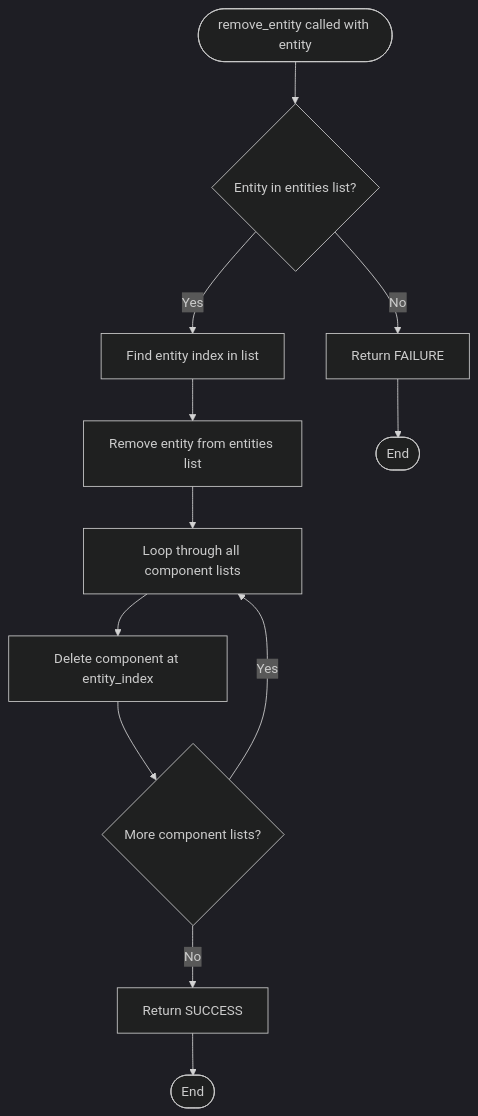
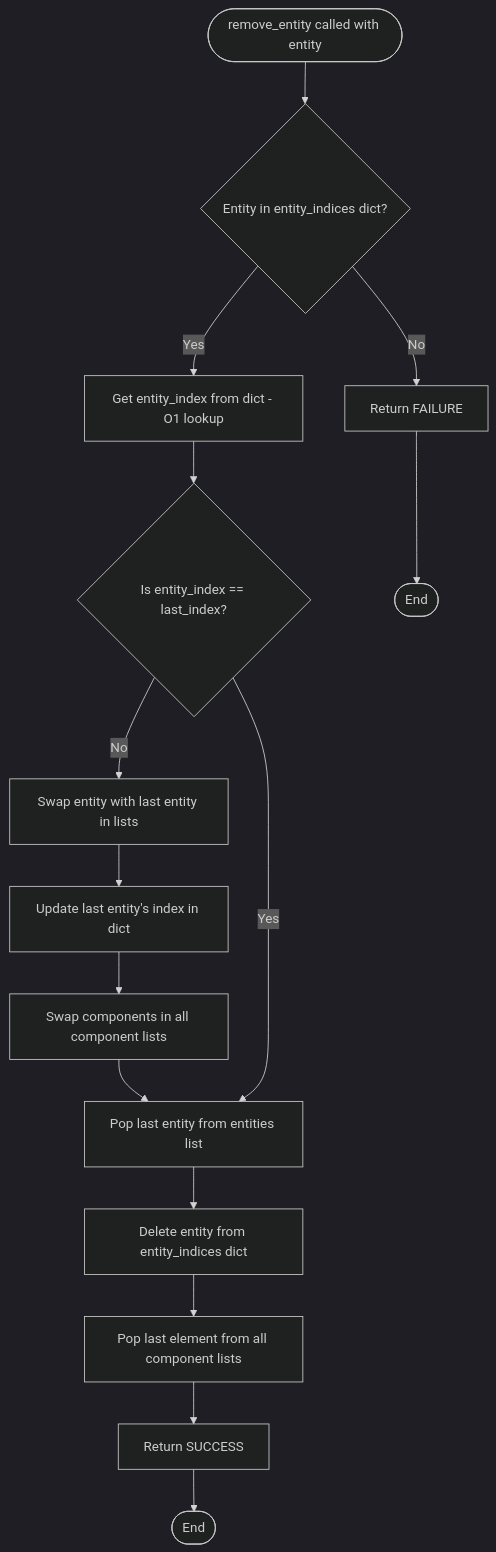
One commit to brodycritchlow/PyECS changed the diagram in mermaid/Archetype/remove_entity.mermaid. Above: the diagram before and after it, drawn with Mermaid (dark theme). The commit also changed 3 other files, not shown here.

Commit message:
docs: update mermaid diagrams to reflect O(1) entity lookup optimization

```diff
--- a/mermaid/Archetype/remove_entity.mermaid
+++ b/mermaid/Archetype/remove_entity.mermaid
@@ -1,17 +1,21 @@
 flowchart TD
-    Start([remove_entity called with entity]) --> CheckExists{Entity in entities list?}
+    Start([remove_entity called with entity]) --> CheckExists{Entity in entity_indices dict?}
     
     CheckExists -->|No| ReturnFailure[Return FAILURE]
-    CheckExists -->|Yes| FindIndex[Find entity index in list]
+    CheckExists -->|Yes| GetIndex[Get entity_index from dict - O1 lookup]
     
-    FindIndex --> RemoveFromEntities[Remove entity from entities list]
-    RemoveFromEntities --> LoopComponentLists[Loop through all component lists]
+    GetIndex --> CheckLast{Is entity_index == last_index?}
     
-    LoopComponentLists --> DeleteAtIndex[Delete component at entity_index]
-    DeleteAtIndex --> MoreLists{More component lists?}
+    CheckLast -->|No| SwapWithLast[Swap entity with last entity in lists]
+    SwapWithLast --> UpdateLastEntityIndex[Update last entity's index in dict]
+    UpdateLastEntityIndex --> SwapComponents[Swap components in all component lists]
+    SwapComponents --> RemoveLast
     
-    MoreLists -->|Yes| LoopComponentLists
-    MoreLists -->|No| ReturnSuccess[Return SUCCESS]
+    CheckLast -->|Yes| RemoveLast[Pop last entity from entities list]
+    RemoveLast --> RemoveFromDict[Delete entity from entity_indices dict]
+    RemoveFromDict --> PopComponents[Pop last element from all component lists]
+    
+    PopComponents --> ReturnSuccess[Return SUCCESS]
     
     ReturnFailure --> End1([End])
     ReturnSuccess --> End2([End])
```
